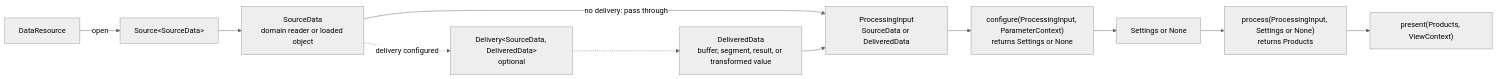
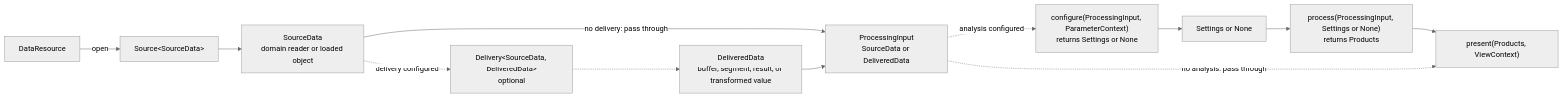
Before and after one commit to briday1/sigvue: the third of 6 diagrams in README.md, drawn with Mermaid (neutral theme). The commit also changed other lines of this file and 15 other files, not shown here.

````diff
--- a/README.md
+++ b/README.md
@@ -346,24 +345,25 @@
 ```mermaid
 flowchart LR
     Resource["DataResource"]
     Source["Source&lt;SourceData&gt;"]
     Opened["SourceData<br/>domain reader or loaded object"]
     Delivery["Delivery&lt;SourceData, DeliveredData&gt;<br/>optional"]
     Delivered["DeliveredData<br/>buffer, segment, result, or transformed value"]
     Input["ProcessingInput<br/>SourceData or DeliveredData"]
     Configure["configure(ProcessingInput, ParameterContext)<br/>returns Settings or None"]
     Settings["Settings or None"]
     Process["process(ProcessingInput, Settings or None)<br/>returns Products"]
     Present["present(Products, ViewContext)"]
 
     Resource -->|open| Source
     Source --> Opened
     Opened -->|no delivery: pass through| Input
     Opened -.->|delivery configured| Delivery
     Delivery -.-> Delivered
     Delivered --> Input
-    Input --> Configure
+    Input -. analysis configured .-> Configure
     Configure --> Settings
     Settings --> Process
     Process --> Present
+    Input -. no analysis: pass through .-> Present
 ```
````
